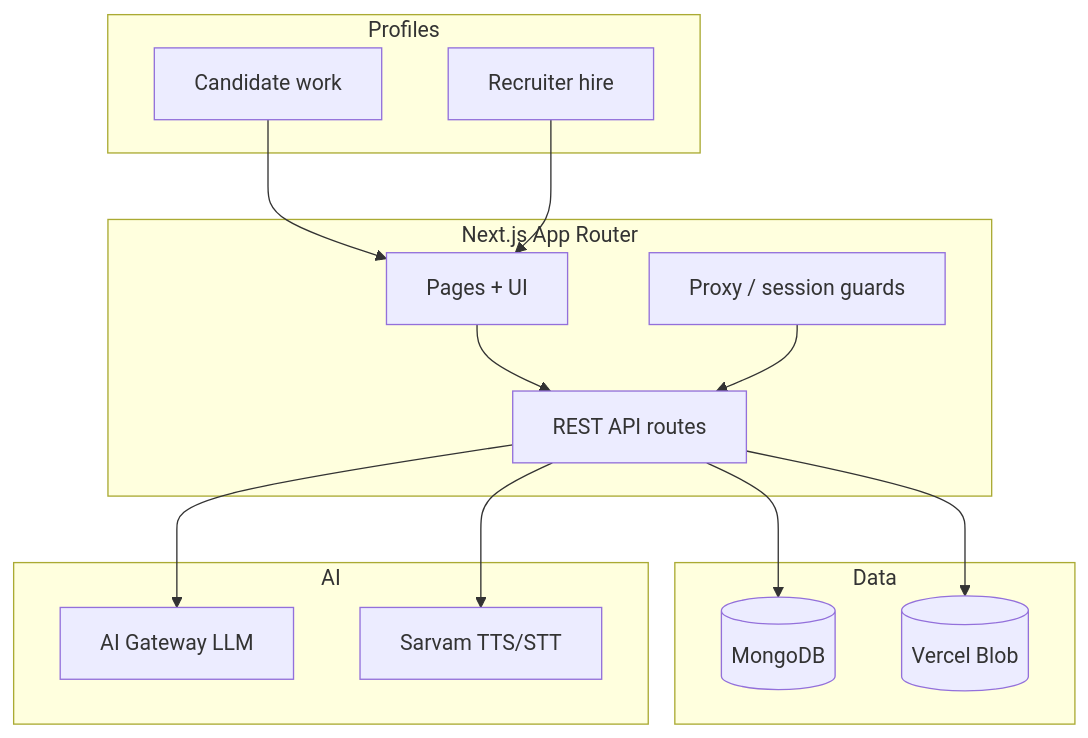
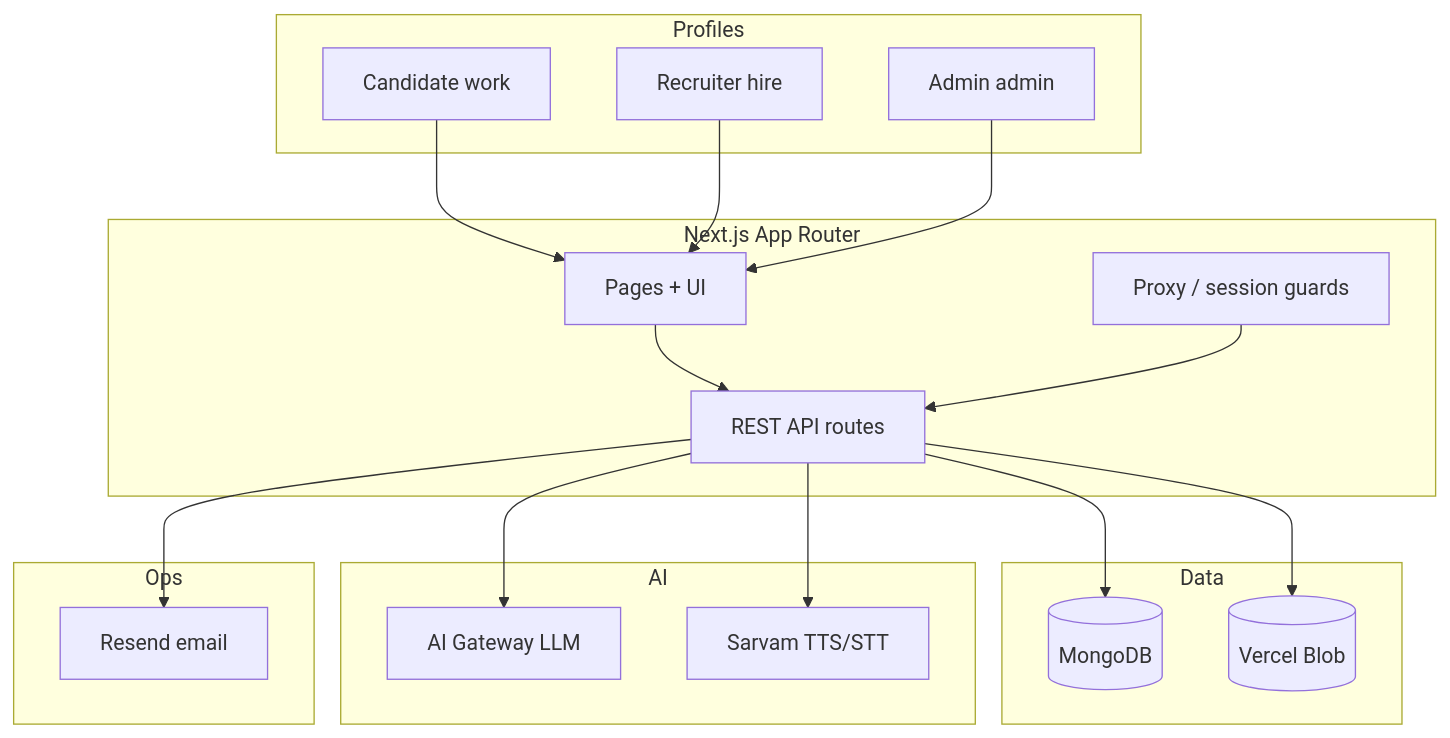
The third of 10 diagrams in README.md (Agentic-Labs-India/Project-Bluecollarz), drawn with Mermaid before and after one commit. The commit also changed other lines of this file and 22 other files, not shown here.

````diff
--- a/README.md
+++ b/README.md
@@ -160,32 +182,39 @@
 ```mermaid
 flowchart TB
   subgraph Profiles
     C[Candidate work]
     H[Recruiter hire]
+    A[Admin admin]
   end
 
   subgraph App["Next.js App Router"]
     Pages[Pages + UI]
     API[REST API routes]
     Proxy[Proxy / session guards]
   end
 
   subgraph Data
     Mongo[(MongoDB)]
     Blob[(Vercel Blob)]
   end
 
   subgraph AIStack["AI"]
     GW[AI Gateway LLM]
     Sarvam[Sarvam TTS/STT]
   end
 
+  subgraph Ops["Ops"]
+    Resend[Resend email]
+  end
+
   C --> Pages
   H --> Pages
+  A --> Pages
   Pages --> API
   Proxy --> API
   API --> Mongo
   API --> Blob
   API --> GW
   API --> Sarvam
+  API --> Resend
 ```
````
